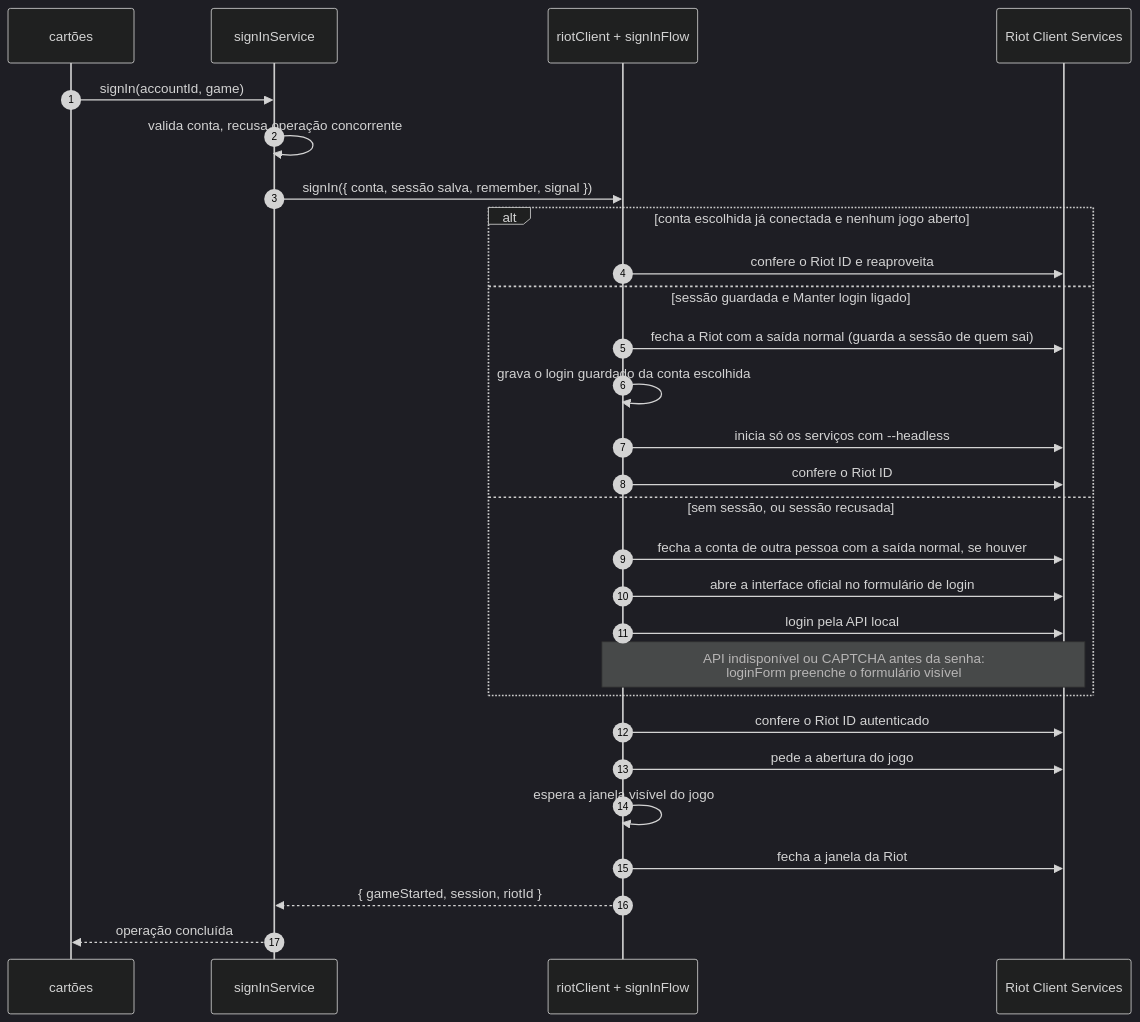
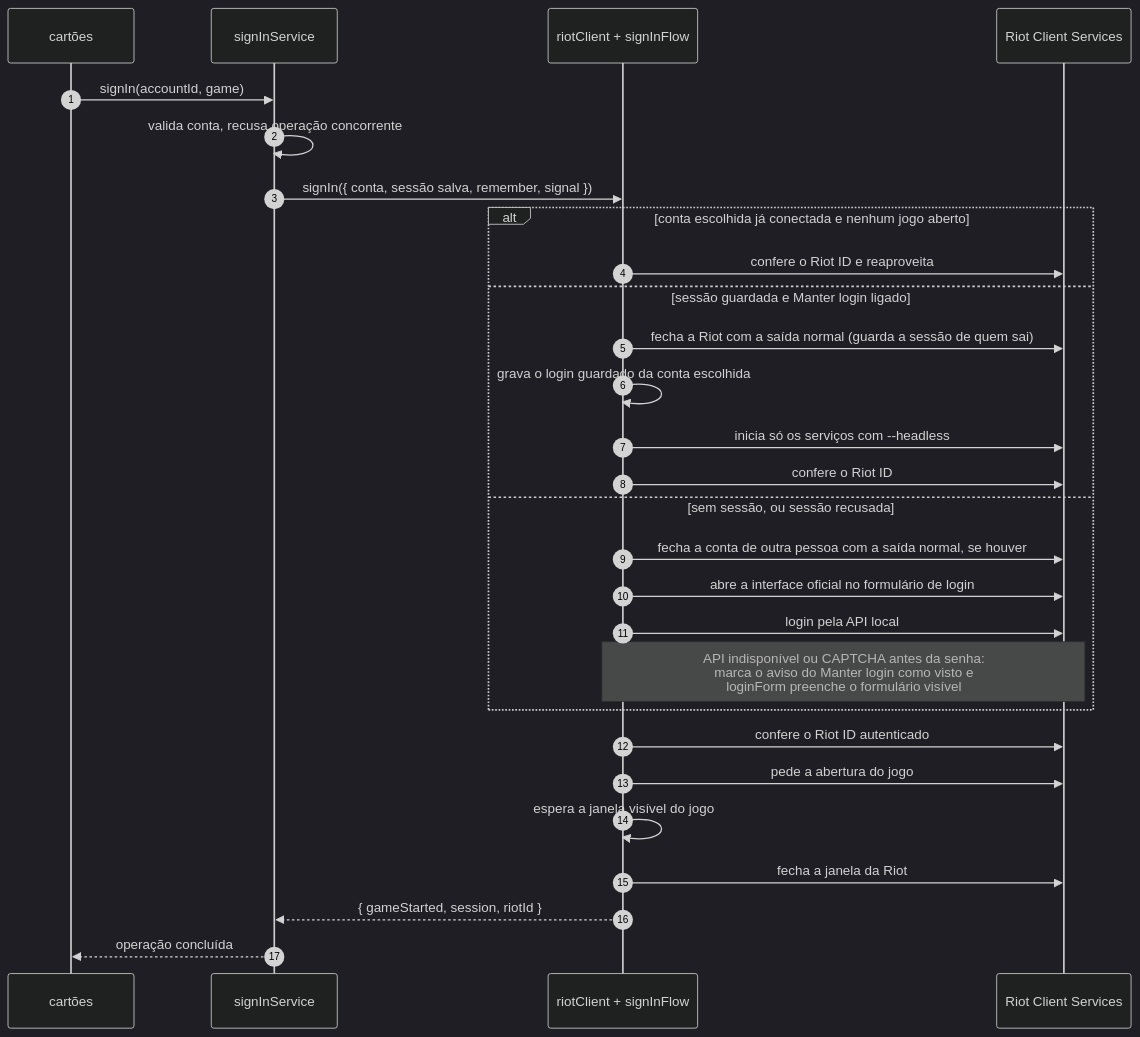
One commit to arthurmchd/eclipse changed the diagram in docs/02 Arquitetura/Fluxo de login.md. Above: the diagram before and after it, drawn with Mermaid (dark theme). The commit also changed 52 other files, not shown here.

````diff
--- a/docs/02 Arquitetura/Fluxo de login.md
+++ b/docs/02 Arquitetura/Fluxo de login.md
@@ -10,31 +10,31 @@
 ```mermaid
 sequenceDiagram
   autonumber
   participant UI as cartões
   participant SS as signInService
   participant RC as riotClient + signInFlow
   participant RCS as Riot Client Services
 
   UI->>SS: signIn(accountId, game)
   SS->>SS: valida conta, recusa operação concorrente
   SS->>RC: signIn({ conta, sessão salva, remember, signal })
   alt conta escolhida já conectada e nenhum jogo aberto
     RC->>RCS: confere o Riot ID e reaproveita
   else sessão guardada e Manter login ligado
     RC->>RCS: fecha a Riot com a saída normal (guarda a sessão de quem sai)
     RC->>RC: grava o login guardado da conta escolhida
     RC->>RCS: inicia só os serviços com --headless
     RC->>RCS: confere o Riot ID
   else sem sessão, ou sessão recusada
     RC->>RCS: fecha a conta de outra pessoa com a saída normal, se houver
     RC->>RCS: abre a interface oficial no formulário de login
     RC->>RCS: login pela API local
-    Note over RC,RCS: API indisponível ou CAPTCHA antes da senha:<br/>loginForm preenche o formulário visível
+    Note over RC,RCS: API indisponível ou CAPTCHA antes da senha:<br/>marca o aviso do Manter login como visto e<br/>loginForm preenche o formulário visível
   end
   RC->>RCS: confere o Riot ID autenticado
   RC->>RCS: pede a abertura do jogo
   RC->>RC: espera a janela visível do jogo
   RC->>RCS: fecha a janela da Riot
   RC-->>SS: { gameStarted, session, riotId }
   SS-->>UI: operação concluída
 ```
````
